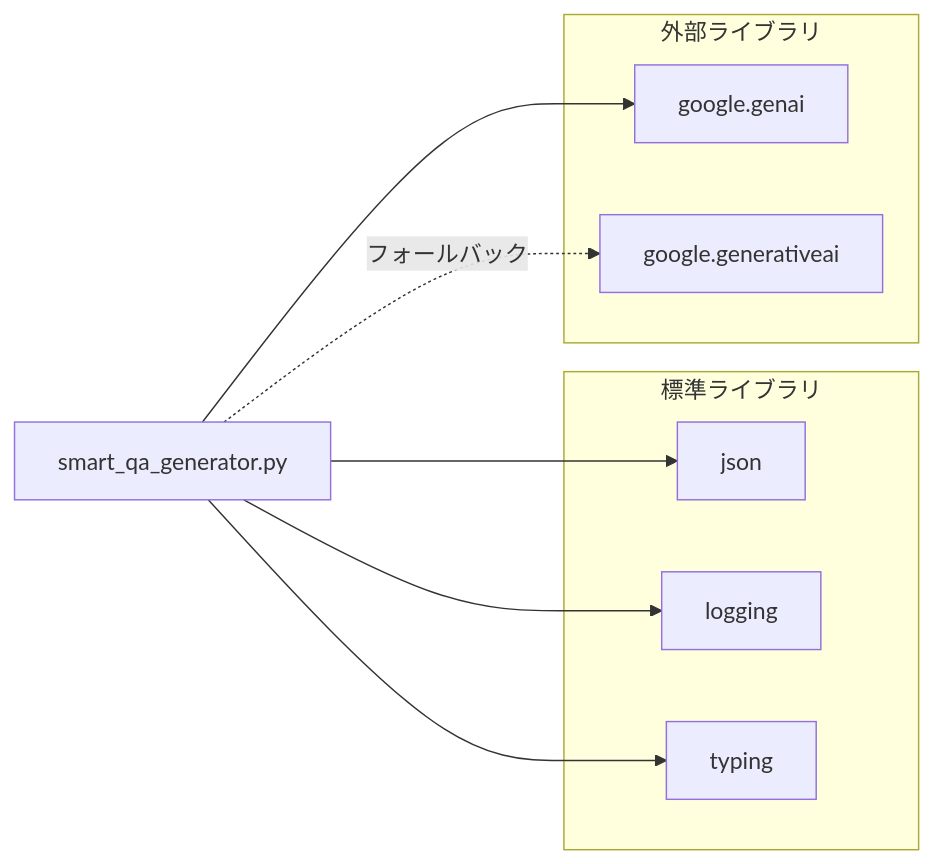
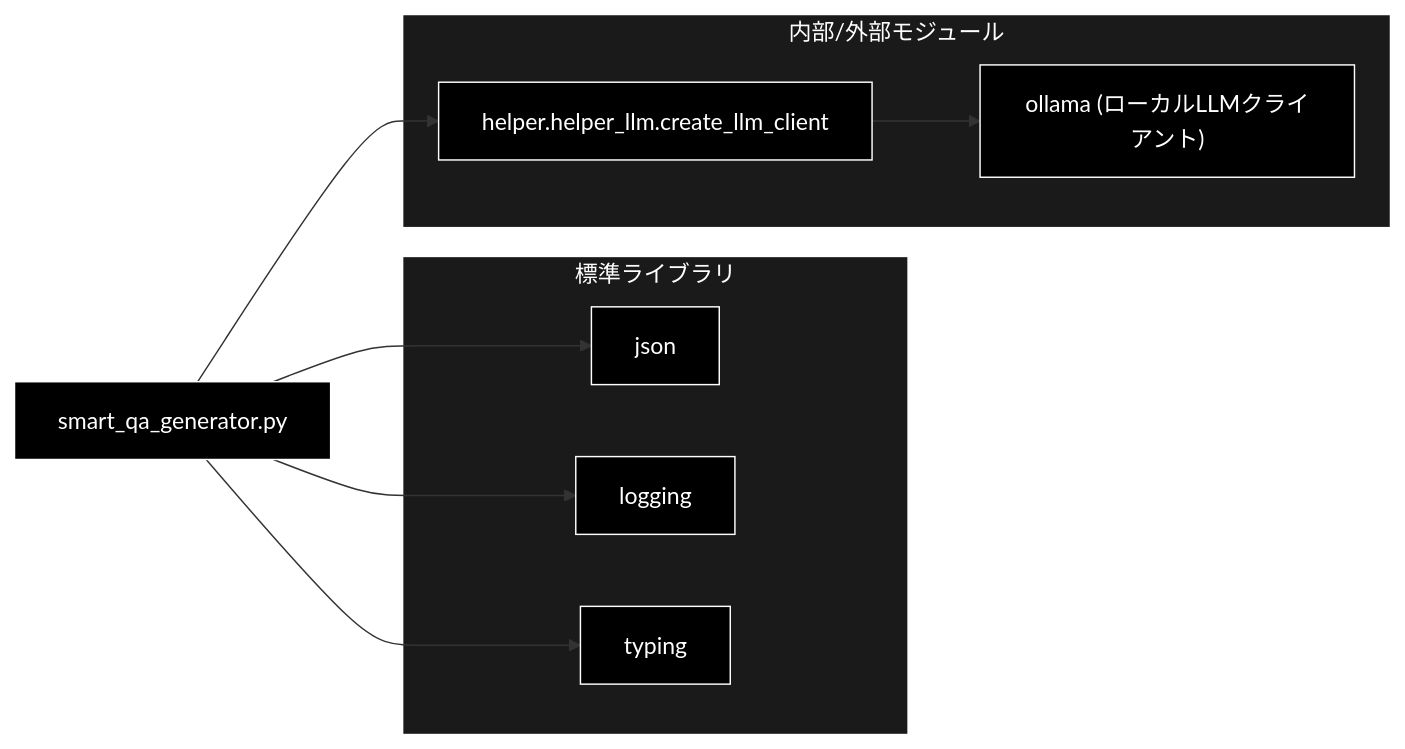
The sixth of 8 diagrams in qa_qdrant/doc/make_qa_qapipeline.md (nakashima2toshio/ollama_grace_agent_v2), drawn with Mermaid before and after one commit. The commit also changed other lines of this file and 12 other files, not shown here.

````diff
--- a/qa_qdrant/doc/make_qa_qapipeline.md
+++ b/qa_qdrant/doc/make_qa_qapipeline.md
@@ -847,21 +879,26 @@
 ```mermaid
 flowchart LR
     SMART_GEN[smart_qa_generator.py]
 
     subgraph STDLIB["標準ライブラリ"]
         JSON[json]
         LOGGING[logging]
         TYPING[typing]
     end
 
-    subgraph EXTERNAL["外部ライブラリ"]
-        GENAI_NEW[google.genai]
-        GENAI_OLD[google.generativeai]
+    subgraph EXTERNAL["内部/外部モジュール"]
+        GENAI_NEW["helper.helper_llm.create_llm_client"]
+        GENAI_OLD["ollama (ローカルLLMクライアント)"]
     end
 
     SMART_GEN --> JSON
     SMART_GEN --> LOGGING
     SMART_GEN --> TYPING
     SMART_GEN --> GENAI_NEW
-    SMART_GEN -.->|フォールバック| GENAI_OLD
+    GENAI_NEW --> GENAI_OLD
+classDef default fill:#000,stroke:#fff,color:#fff
+classDef subgraphStyle fill:#1a1a1a,stroke:#fff,color:#fff
+class SMART_GEN,JSON,LOGGING,TYPING,GENAI_NEW,GENAI_OLD default
+style STDLIB fill:#1a1a1a,stroke:#fff,color:#fff
+style EXTERNAL fill:#1a1a1a,stroke:#fff,color:#fff
 ```
````
